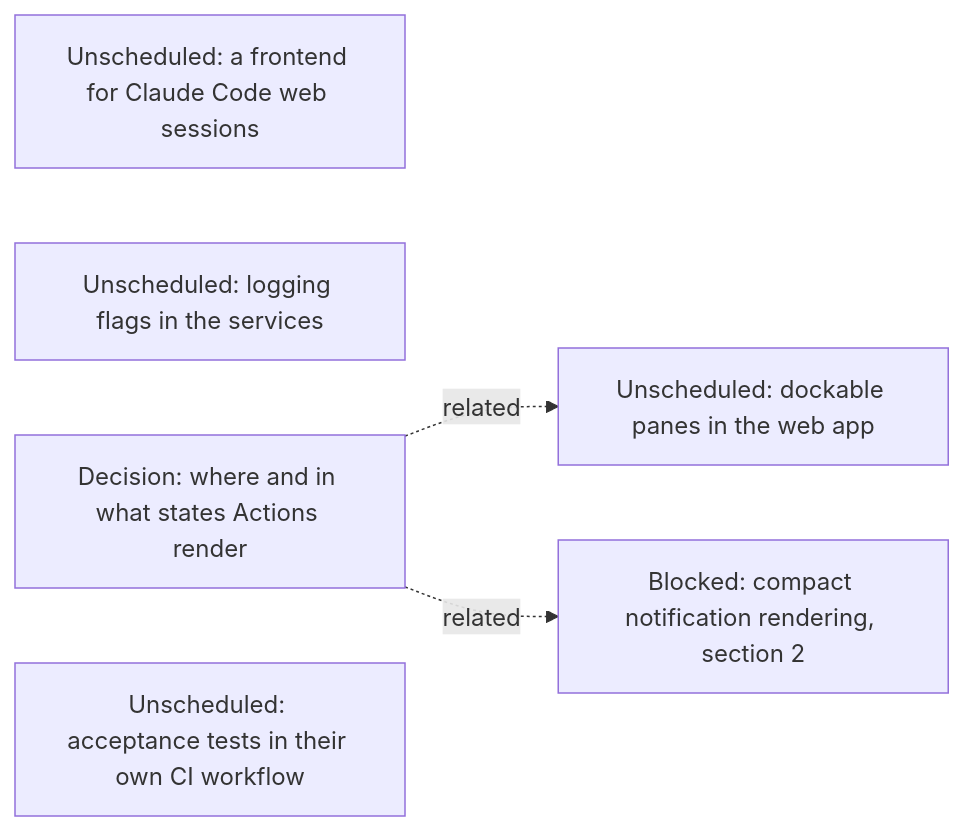
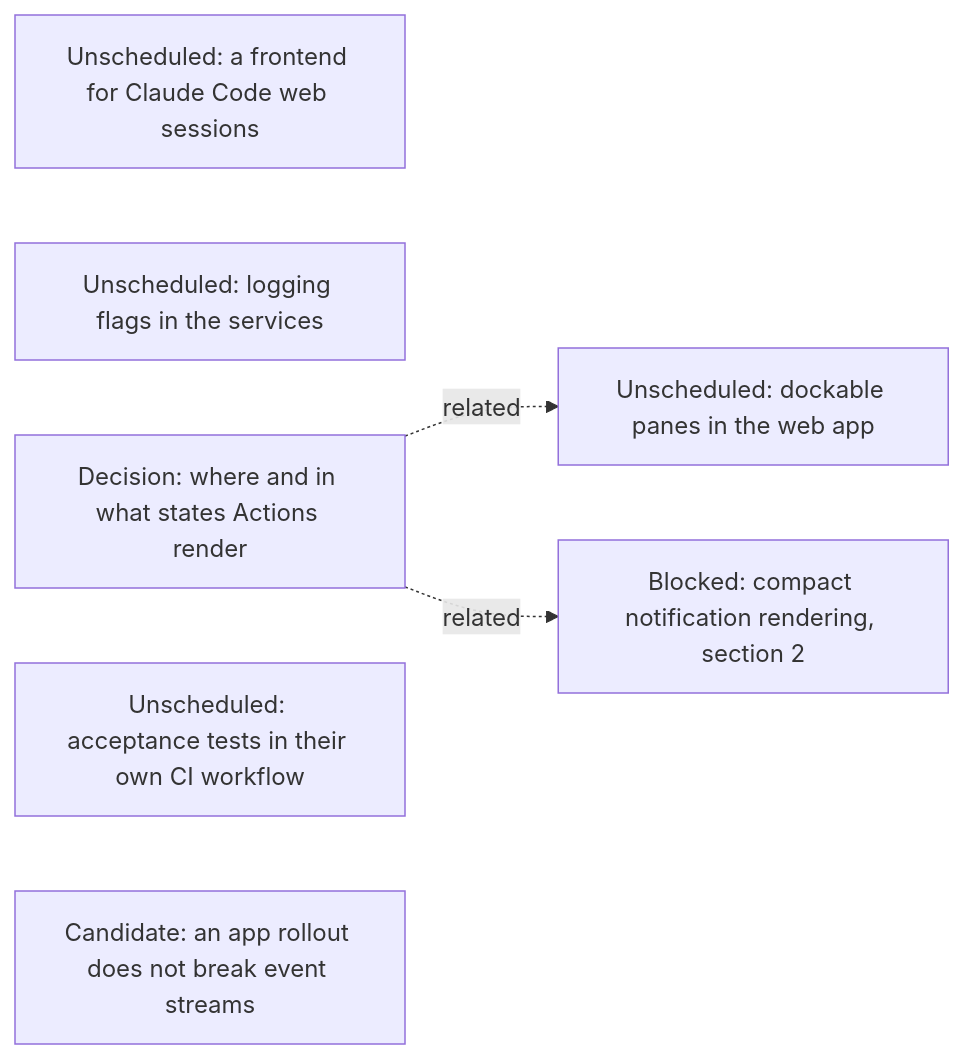
One commit to agentydragon-agent/ducktape changed the seventh of 15 diagrams in agentplane/plans/task_dag.md. Above: the diagram before and after it, drawn with Mermaid. The commit also changed other lines of this file, not shown here.

````diff
--- a/agentplane/plans/task_dag.md
+++ b/agentplane/plans/task_dag.md
@@ -483,11 +483,12 @@
 ```mermaid
 flowchart LR
     CLAUDE_CODE_WEB_BRIDGE[Unscheduled: a frontend for Claude Code web sessions]
     SERVICE_LOG_FLAGS[Unscheduled: logging flags in the services]
     ACTION_SURFACES_DESIGN[Decision: where and in what states Actions render]
     ISOLATED_ACCEPTANCE_CI[Unscheduled: acceptance tests in their own CI workflow]
     DOCKABLE_PANES[Unscheduled: dockable panes in the web app]
+    APP_ROLLOUT_STREAMS[Candidate: an app rollout does not break event streams]
     ACTION_SURFACES_DESIGN -. related .-> DOCKABLE_PANES
     NOTIFICATION_PRESENTATION[Blocked: compact notification rendering, section 2]
     ACTION_SURFACES_DESIGN -. related .-> NOTIFICATION_PRESENTATION
 ```
````
